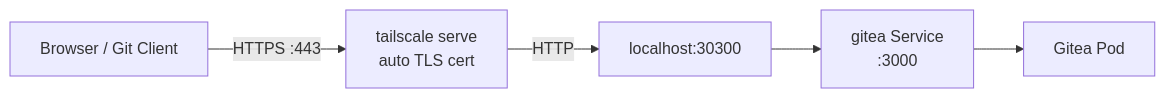
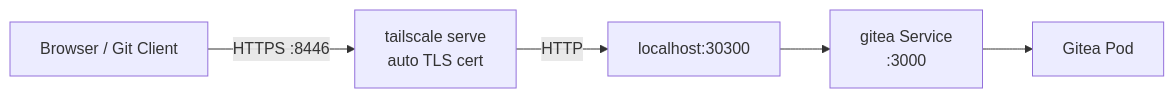
One commit to haingth77/homelab changed the fourth of 6 diagrams in k8s/apps/gitea/README.md. Above: the diagram before and after it, drawn with Mermaid. The commit also changed other lines of this file and 15 other files, not shown here.

````diff
--- a/k8s/apps/gitea/README.md
+++ b/k8s/apps/gitea/README.md
@@ -185,7 +185,7 @@
 ```mermaid
 flowchart LR
-    Browser["Browser / Git Client"] -- "HTTPS :443" --> TServe["tailscale serve\nauto TLS cert"]
+    Browser["Browser / Git Client"] -- "HTTPS :8446" --> TServe["tailscale serve\nauto TLS cert"]
     TServe -- "HTTP" --> NodePort["localhost:30300"]
     NodePort --> GiteaSvc["gitea Service\n:3000"]
     GiteaSvc --> GiteaPod["Gitea Pod"]
 ```
````
